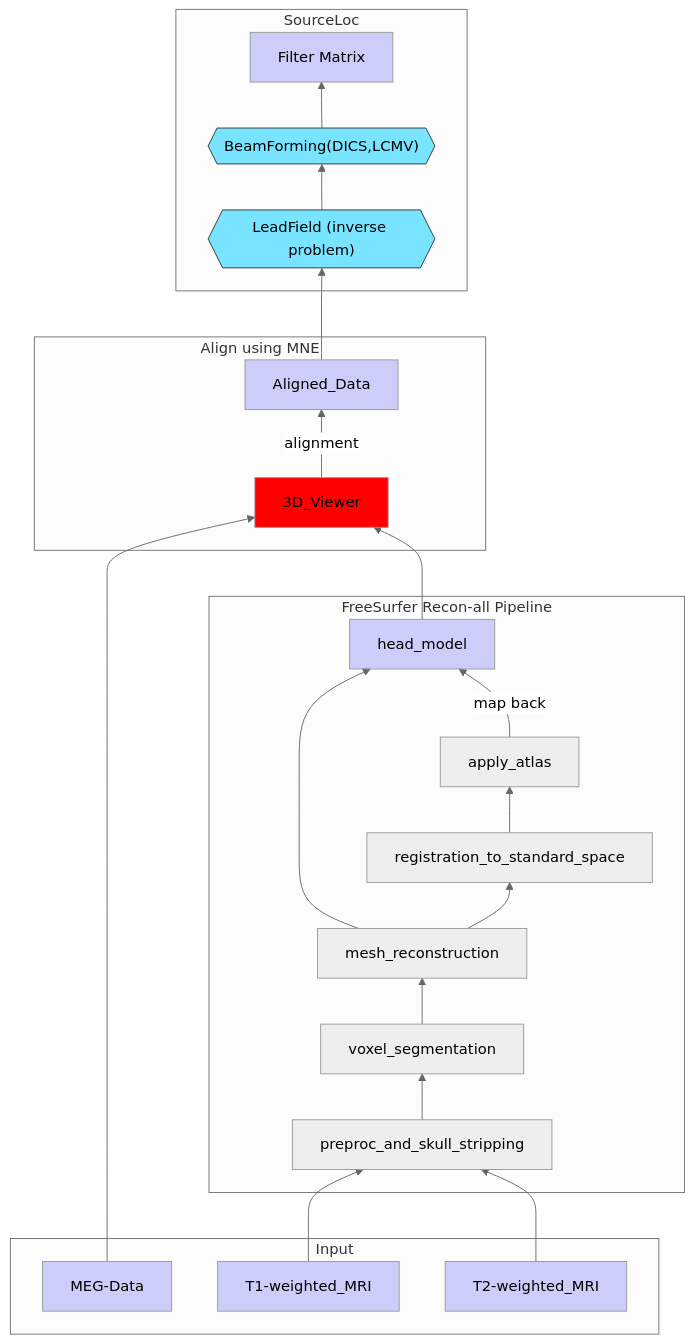
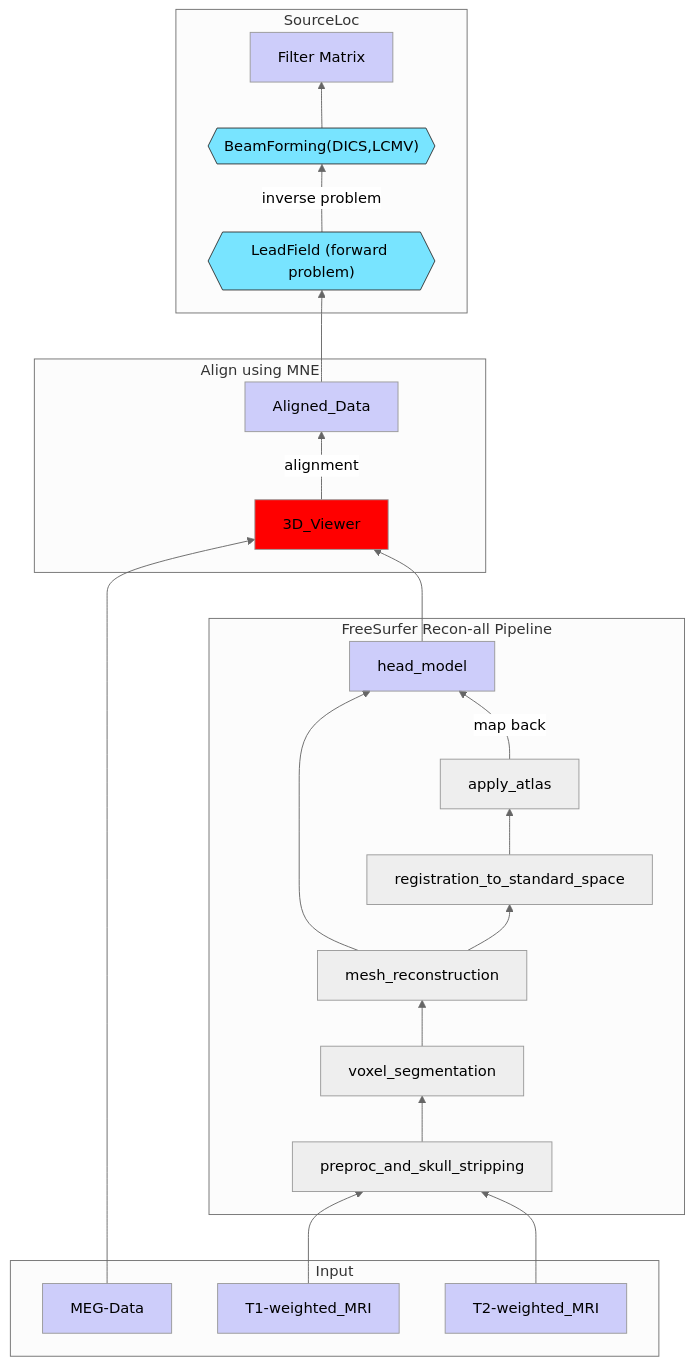
The diagram in doc/source/developer/source-loc-pipeline.mmd (joschaschmiedt/syncopy), drawn with Mermaid before and after one commit.

Commit message:
sort out forward and inverse model

```diff
--- a/doc/source/developer/source-loc-pipeline.mmd
+++ b/doc/source/developer/source-loc-pipeline.mmd
@@ -1,45 +1,45 @@
 %%{init: {'theme':'neutral'}}%%
 graph BT
 
     %% projected development sub-units
     classDef DevUNIT fill:#78e4ff,stroke:#333,stroke-width:1px;
     %% external dependencies
     classDef EXTERN fill:red;
     %% input data
     classDef DATA fill:#1010EE33;
 
     subgraph Input
     MEG-Data
     T1-weighted_MRI
     T2-weighted_MRI
     end
     
     subgraph FreeSurfer Recon-all Pipeline
     T1-weighted_MRI --> preproc_and_skull_stripping
     T2-weighted_MRI --> preproc_and_skull_stripping
     preproc_and_skull_stripping --> voxel_segmentation
     voxel_segmentation --> mesh_reconstruction
     mesh_reconstruction --> head_model
     mesh_reconstruction --> registration_to_standard_space
     registration_to_standard_space --> apply_atlas
     apply_atlas --map back--> head_model
     head_model
     end
     
     
     subgraph Align using MNE
     MEG-Data --> 3D_Viewer
     head_model --> 3D_Viewer
     3D_Viewer --alignment--> Aligned_Data
     end
     
     subgraph SourceLoc
-    Aligned_Data -->LF{{"LeadField (inverse problem)"}}
-    LF --> BF{{"BeamForming(DICS,LCMV)"}}
+    Aligned_Data -->LF{{"LeadField (forward problem)"}}
+    LF --inverse problem--> BF{{"BeamForming(DICS,LCMV)"}}
     BF-->FilterMatrix["Filter Matrix"]
     end
 
 
     class Viewer,HM,Segm,Atlas,MNE,BF,LF DevUNIT;
     class FreeSurfer,3D_Viewer EXTERN;
     class MEG-Data,T1-weighted_MRI,T2-weighted_MRI,Aligned_Data,FilterMatrix,head_model DATA;
```
